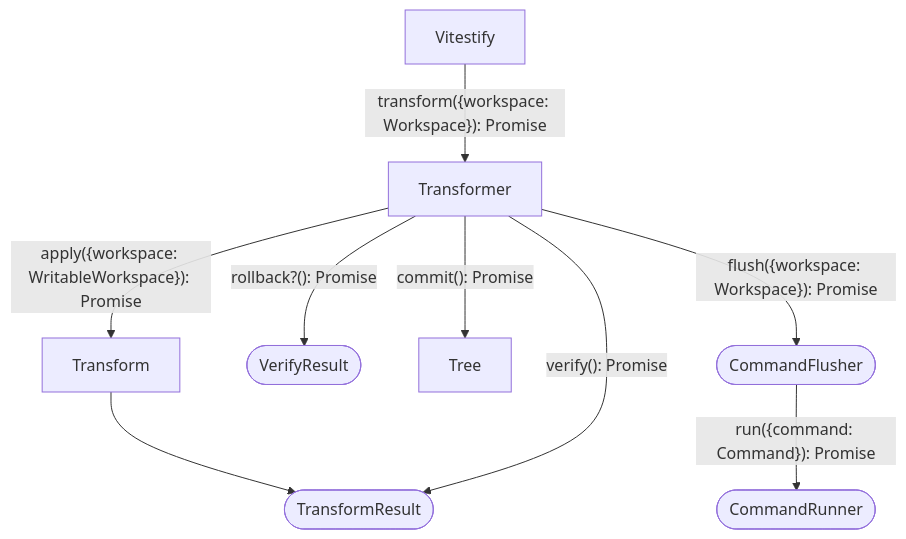
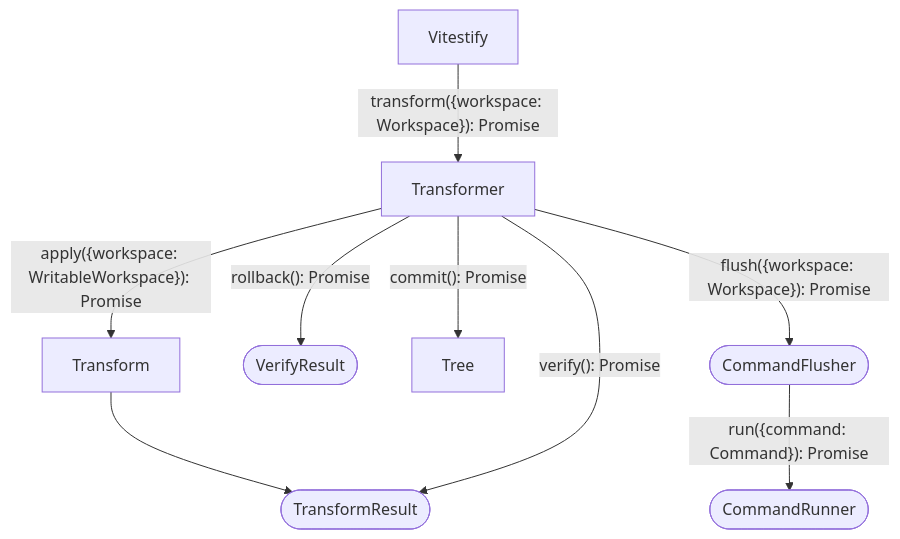
The first of 3 diagrams in contributing/vitestify/design-docs/003-self-rollback.md (testmex/testmex), drawn with Mermaid before and after one commit. The commit also changed other lines of this file, not shown here.

First line of the commit message:
docs(vitestify): 📝 use void returns instead of result factories in self-rollback design

````diff
--- a/contributing/vitestify/design-docs/003-self-rollback.md
+++ b/contributing/vitestify/design-docs/003-self-rollback.md
@@ -87,20 +79,20 @@
 ```mermaid
 flowchart TD
   vitestify["Vitestify"]
   transformer["Transformer"]
   transform["Transform"]
   transformResult(["TransformResult"])
   verifyResult(["VerifyResult"])
   tree["Tree"]
   commandFlusher(["CommandFlusher"])
   commandRunner(["CommandRunner"])
 
   vitestify -->|"transform({workspace: Workspace}): Promise<void>"| transformer
-  transformer -->|"apply({workspace: WritableWorkspace}): Promise<TransformResult>"| transform
+  transformer -->|"apply({workspace: WritableWorkspace}): Promise<void | TransformResult>"| transform
   transform --> transformResult
   transformer -->|"commit(): Promise<void>"| tree
   transformer -->|"flush({workspace: Workspace}): Promise<void>"| commandFlusher
   commandFlusher -->|"run({command: Command}): Promise<string>"| commandRunner
-  transformer -->|"verify(): Promise<VerifyResult>"| transformResult
-  transformer -->|"rollback?(): Promise<void>"| verifyResult
+  transformer -->|"verify(): Promise<void | VerifyResult>"| transformResult
+  transformer -->|"rollback(): Promise<void>"| verifyResult
 ```
````
